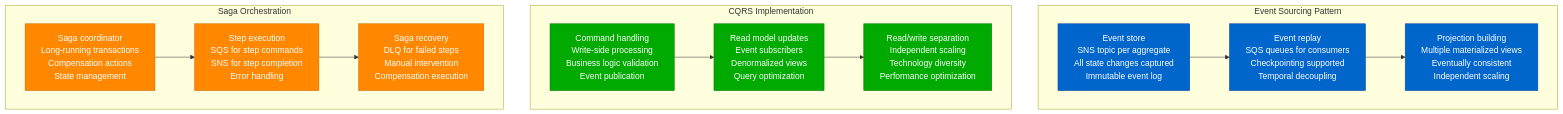
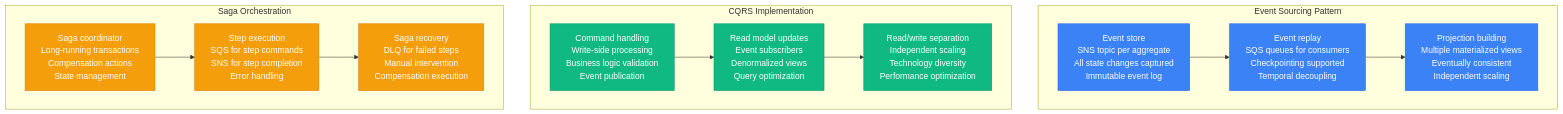
Diagram 11 of 13 in site/docs/performance/sqs-sns-performance-profile.md (deepaucksharma/DS), drawn with Mermaid before and after one commit. The commit also changed other lines of this file and 303 other files, not shown here.

````diff
--- a/site/docs/performance/sqs-sns-performance-profile.md
+++ b/site/docs/performance/sqs-sns-performance-profile.md
@@ -401,40 +401,40 @@
 ```mermaid
 graph TB
     subgraph "Event Sourcing Pattern"
         ES1[Event store<br/>SNS topic per aggregate<br/>All state changes captured<br/>Immutable event log]
 
         ES2[Event replay<br/>SQS queues for consumers<br/>Checkpointing supported<br/>Temporal decoupling]
 
         ES3[Projection building<br/>Multiple materialized views<br/>Eventually consistent<br/>Independent scaling]
 
         ES1 --> ES2 --> ES3
     end
 
     subgraph "CQRS Implementation"
         CQRS1[Command handling<br/>Write-side processing<br/>Business logic validation<br/>Event publication]
 
         CQRS2[Read model updates<br/>Event subscribers<br/>Denormalized views<br/>Query optimization]
 
         CQRS3[Read/write separation<br/>Independent scaling<br/>Technology diversity<br/>Performance optimization]
 
         CQRS1 --> CQRS2 --> CQRS3
     end
 
     subgraph "Saga Orchestration"
         SAGA1[Saga coordinator<br/>Long-running transactions<br/>Compensation actions<br/>State management]
 
         SAGA2[Step execution<br/>SQS for step commands<br/>SNS for step completion<br/>Error handling]
 
         SAGA3[Saga recovery<br/>DLQ for failed steps<br/>Manual intervention<br/>Compensation execution]
 
         SAGA1 --> SAGA2 --> SAGA3
     end
 
-    classDef esStyle fill:#0066CC,stroke:#004499,color:#fff
-    classDef cqrsStyle fill:#00AA00,stroke:#007700,color:#fff
-    classDef sagaStyle fill:#FF8800,stroke:#CC6600,color:#fff
+    classDef esStyle fill:#3B82F6,stroke:#2563EB,color:#fff
+    classDef cqrsStyle fill:#10B981,stroke:#059669,color:#fff
+    classDef sagaStyle fill:#F59E0B,stroke:#D97706,color:#fff
 
     class ES1,ES2,ES3 esStyle
     class CQRS1,CQRS2,CQRS3 cqrsStyle
     class SAGA1,SAGA2,SAGA3 sagaStyle
 ```
````
